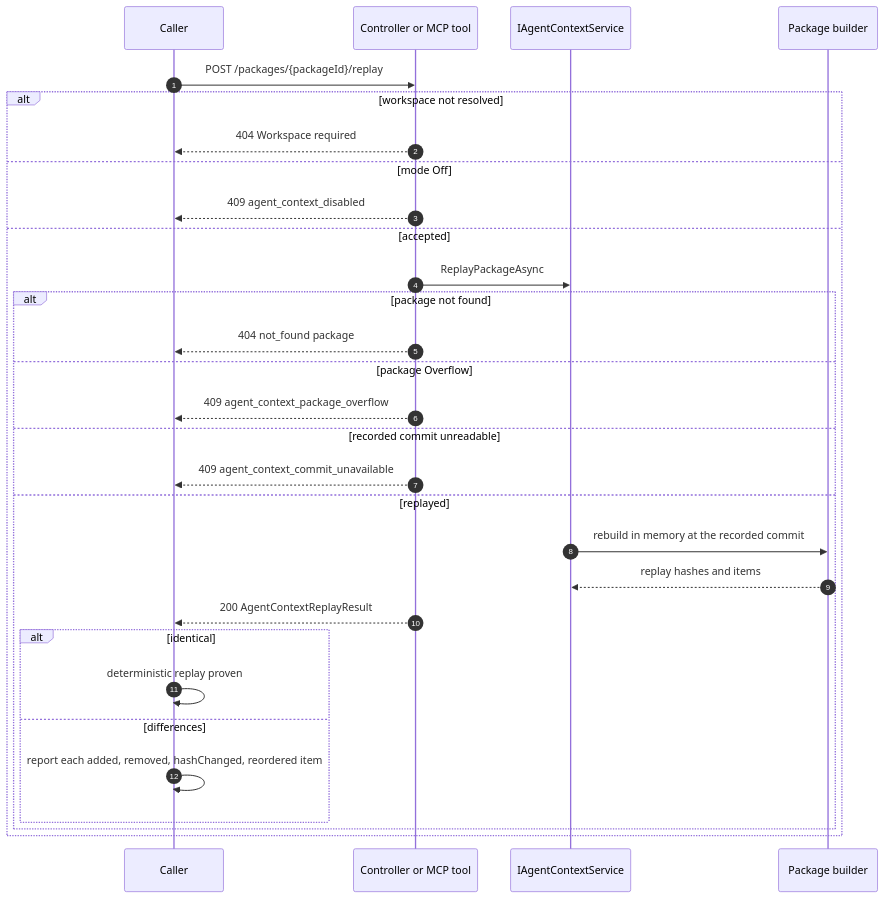
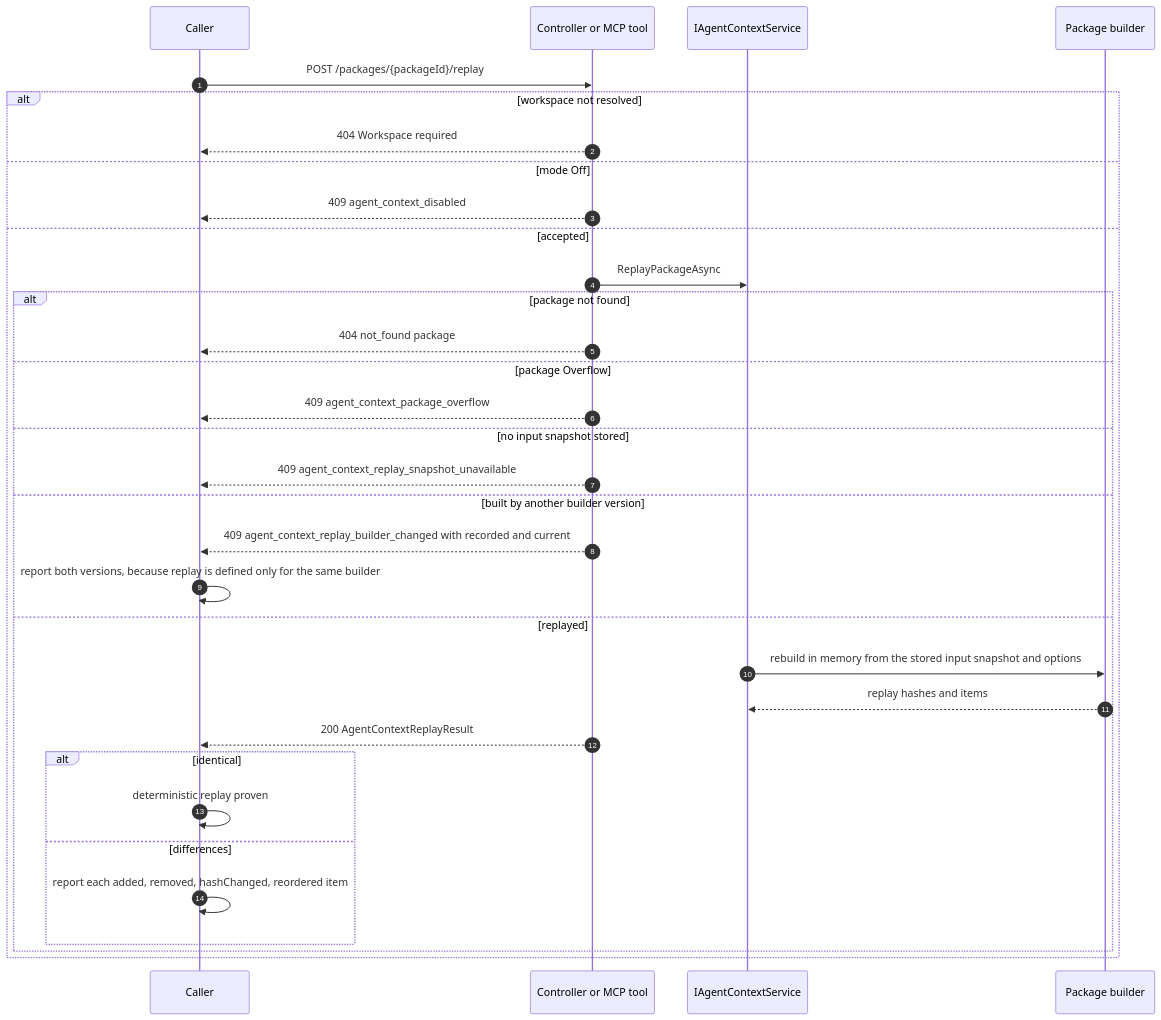
Diagram 31 of 59 in docs/Stateless-Agent-Context-Management.md (sharpninja/McpServer), drawn with Mermaid before and after one commit. The commit also changed other lines of this file and 2 other files, not shown here.

````diff
--- a/docs/Stateless-Agent-Context-Management.md
+++ b/docs/Stateless-Agent-Context-Management.md
@@ -1067,32 +1089,35 @@
 ```mermaid
 sequenceDiagram
     autonumber
     participant Caller
     participant API as Controller or MCP tool
     participant SVC as IAgentContextService
     participant B as Package builder
     Caller->>API: POST /packages/{packageId}/replay
     alt workspace not resolved
         API-->>Caller: 404 Workspace required
     else mode Off
         API-->>Caller: 409 agent_context_disabled
     else accepted
         API->>SVC: ReplayPackageAsync
         alt package not found
             API-->>Caller: 404 not_found package
         else package Overflow
             API-->>Caller: 409 agent_context_package_overflow
-        else recorded commit unreadable
-            API-->>Caller: 409 agent_context_commit_unavailable
+        else no input snapshot stored
+            API-->>Caller: 409 agent_context_replay_snapshot_unavailable
+        else built by another builder version
+            API-->>Caller: 409 agent_context_replay_builder_changed with recorded and current
+            Caller->>Caller: report both versions, because replay is defined only for the same builder
         else replayed
-            SVC->>B: rebuild in memory at the recorded commit
+            SVC->>B: rebuild in memory from the stored input snapshot and options
             B-->>SVC: replay hashes and items
             API-->>Caller: 200 AgentContextReplayResult
             alt identical
                 Caller->>Caller: deterministic replay proven
             else differences
                 Caller->>Caller: report each added, removed, hashChanged, reordered item
             end
         end
     end
 ```
````
